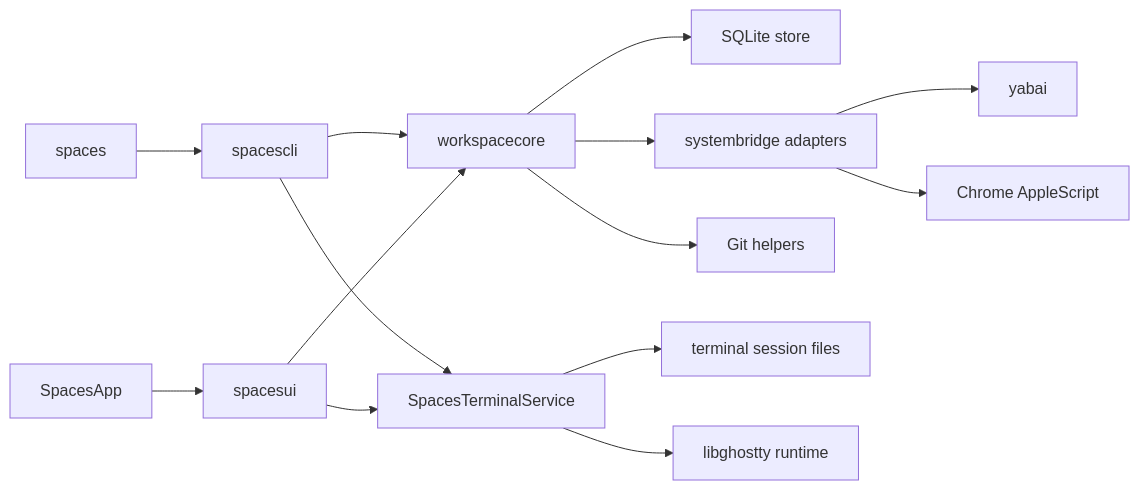
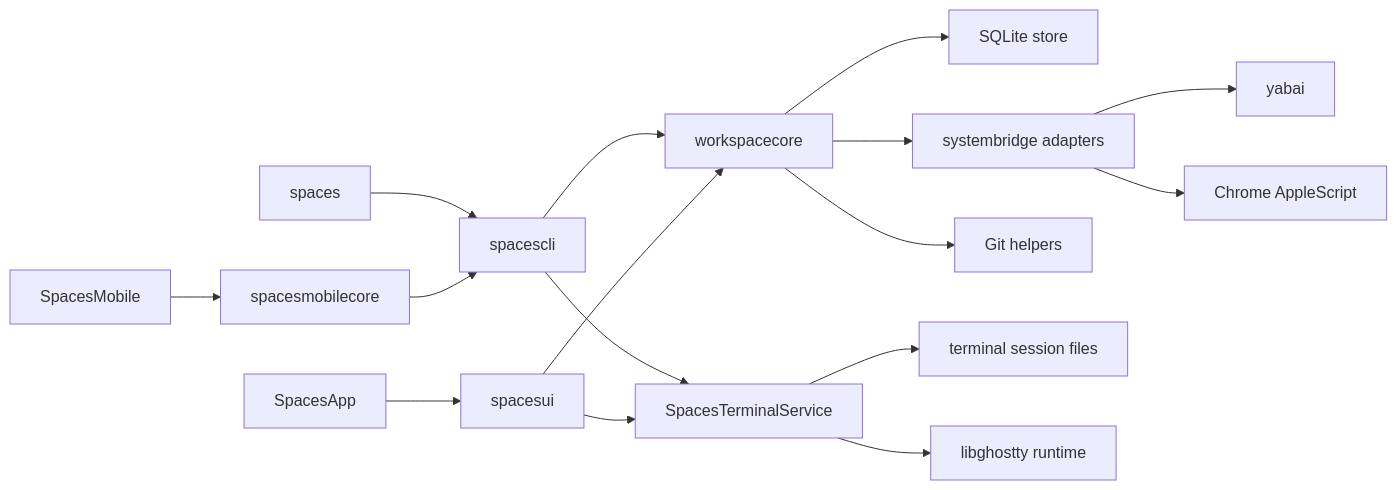
Before and after one commit to yogesh-dhande/spaces: the first of 2 diagrams in apps/macos/docs/architecture.md, drawn with Mermaid. The commit also changed other lines of this file and 17 other files, not shown here.

````diff
--- a/apps/macos/docs/architecture.md
+++ b/apps/macos/docs/architecture.md
@@ -17,19 +17,21 @@
 ```mermaid
 flowchart LR
   cli["spaces"] --> spacescli["spacescli"]
   spacescli --> stream["workspacecore"]
   spacescli --> terminalservice["SpacesTerminalService"]
   app["SpacesApp"] --> spacesui["spacesui"]
   spacesui --> stream
   spacesui --> terminalservice
+  ios["SpacesMobile"] --> mobilecore["spacesmobilecore"]
+  mobilecore --> spacescli
 
   stream --> store["SQLite store"]
   stream --> systembridge["systembridge adapters"]
   stream --> git["Git helpers"]
 
   terminalservice --> terminalfiles["terminal session files"]
   terminalservice --> ghostty["libghostty runtime"]
 
   systembridge --> yabai["yabai"]
   systembridge --> chrome["Chrome AppleScript"]
 ```
````
